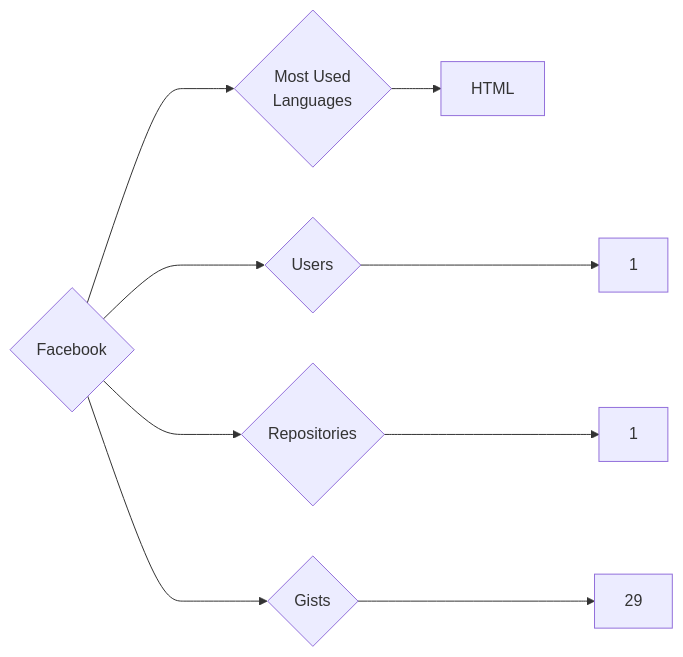
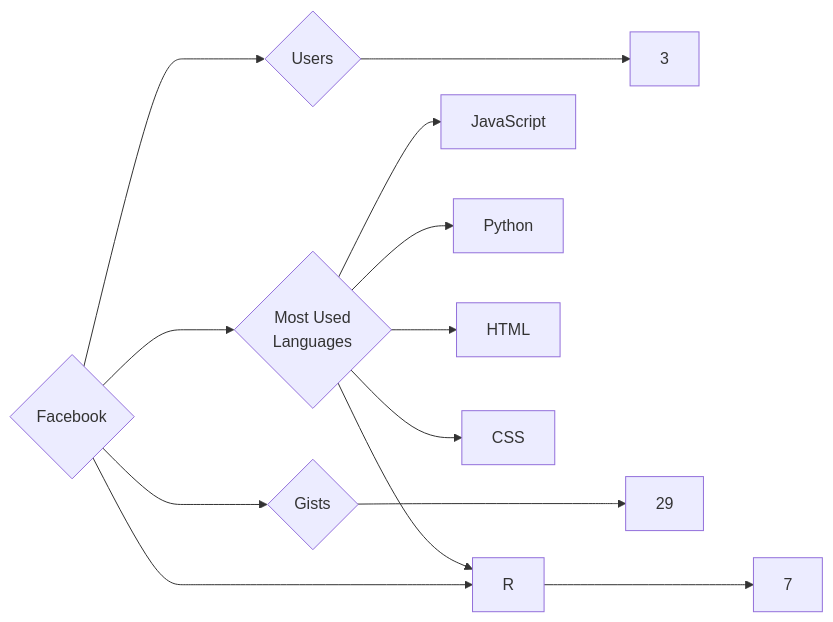
Before and after one commit to trickest/insiders: the diagram in targets/Facebook/README.md, drawn with Mermaid. The commit also changed 933 other files, not shown here.

````diff
--- a/targets/Facebook/README.md
+++ b/targets/Facebook/README.md
@@ -3,9 +3,13 @@
 ```mermaid
 graph LR
 COMPANY_NAME{Facebook}
-COMPANY_NAME ---> U{Users} ---> UN[1]
-COMPANY_NAME ---> R{Repositories} ---> RN[1]
+COMPANY_NAME ---> U{Users} ---> UN[3]
+COMPANY_NAME ---> R{Repositories} ---> RN[7]
 COMPANY_NAME ---> G{Gists} ---> GN[29]
 COMPANY_NAME ---> ML{Most Used<br>Languages}
+ML --> JavaScript[JavaScript]
+ML --> R[R]
+ML --> Python[Python]
 ML --> HTML[HTML]
+ML --> CSS[CSS]
 ```
````
